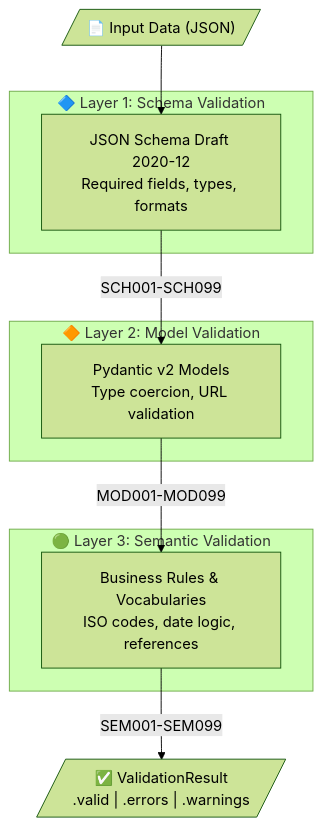
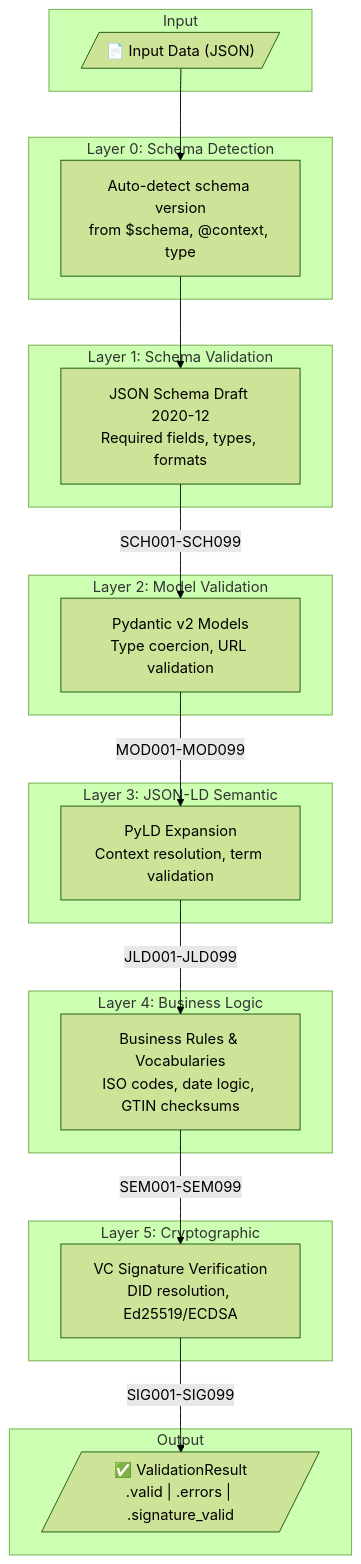
The diagram in README.md (artiso-ai/dppvalidator), drawn with Mermaid (forest theme) before and after one commit. The commit also changed other lines of this file and 418 other files, not shown here.

````diff
--- a/README.md
+++ b/README.md
@@ -127,22 +211,42 @@
 ```mermaid
 flowchart TD
-    A[/"📄 Input Data (JSON)"/] --> B
+    subgraph Input
+        A[/"📄 Input Data (JSON)"/]
+    end
 
-    subgraph Layer1["🔷 Layer 1: Schema Validation"]
+    subgraph Layer0["Layer 0: Schema Detection"]
+        A0["Auto-detect schema version<br/>from $schema, @context, type"]
+    end
+
+    subgraph Layer1["Layer 1: Schema Validation"]
         B["JSON Schema Draft 2020-12<br/>Required fields, types, formats"]
     end
 
-    B -->|"SCH001-SCH099"| C
-
-    subgraph Layer2["🔶 Layer 2: Model Validation"]
+    subgraph Layer2["Layer 2: Model Validation"]
         C["Pydantic v2 Models<br/>Type coercion, URL validation"]
     end
 
-    C -->|"MOD001-MOD099"| D
-
-    subgraph Layer3["🟢 Layer 3: Semantic Validation"]
-        D["Business Rules & Vocabularies<br/>ISO codes, date logic, references"]
+    subgraph Layer3["Layer 3: JSON-LD Semantic"]
+        C2["PyLD Expansion<br/>Context resolution, term validation"]
     end
 
-    D -->|"SEM001-SEM099"| E[/"✅ ValidationResult<br/>.valid | .errors | .warnings"/]
+    subgraph Layer4["Layer 4: Business Logic"]
+        D["Business Rules & Vocabularies<br/>ISO codes, date logic, GTIN checksums"]
+    end
+
+    subgraph Layer5["Layer 5: Cryptographic"]
+        E["VC Signature Verification<br/>DID resolution, Ed25519/ECDSA"]
+    end
+
+    subgraph Output
+        F[/"✅ ValidationResult<br/>.valid | .errors | .signature_valid"/]
+    end
+
+    A --> A0
+    A0 --> B
+    B -->|"SCH001-SCH099"| C
+    C -->|"MOD001-MOD099"| C2
+    C2 -->|"JLD001-JLD099"| D
+    D -->|"SEM001-SEM099"| E
+    E -->|"SIG001-SIG099"| F
 ```
````
